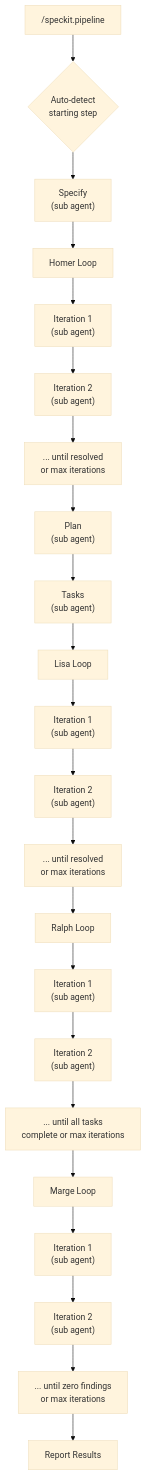
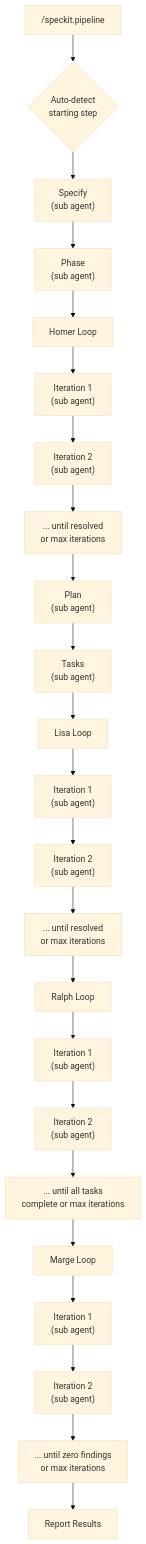
Before and after one commit to jnhuynh/spec-kit-simpsons-loops: the first of 2 diagrams in README.md, drawn with Mermaid (base theme). The commit also changed other lines of this file and 11 other files, not shown here.

````diff
--- a/README.md
+++ b/README.md
@@ -39,24 +39,25 @@
 ```mermaid
 flowchart TD
     A["/speckit.pipeline"] --> B{Auto-detect\nstarting step}
     B --> C["Specify\n(sub agent)"]
-    C --> D["Homer Loop"]
+    C --> P["Phase\n(sub agent)"]
+    P --> D["Homer Loop"]
     D --> D1["Iteration 1\n(sub agent)"]
     D1 --> D2["Iteration 2\n(sub agent)"]
     D2 --> D3["... until resolved\nor max iterations"]
     D3 --> E["Plan\n(sub agent)"]
     E --> F["Tasks\n(sub agent)"]
     F --> G["Lisa Loop"]
     G --> G1["Iteration 1\n(sub agent)"]
     G1 --> G2["Iteration 2\n(sub agent)"]
     G2 --> G3["... until resolved\nor max iterations"]
     G3 --> H["Ralph Loop"]
     H --> H1["Iteration 1\n(sub agent)"]
     H1 --> H2["Iteration 2\n(sub agent)"]
     H2 --> H3["... until all tasks\ncomplete or max iterations"]
     H3 --> M["Marge Loop"]
     M --> M1["Iteration 1\n(sub agent)"]
     M1 --> M2["Iteration 2\n(sub agent)"]
     M2 --> M3["... until zero findings\nor max iterations"]
     M3 --> I["Report Results"]
 ```
````
